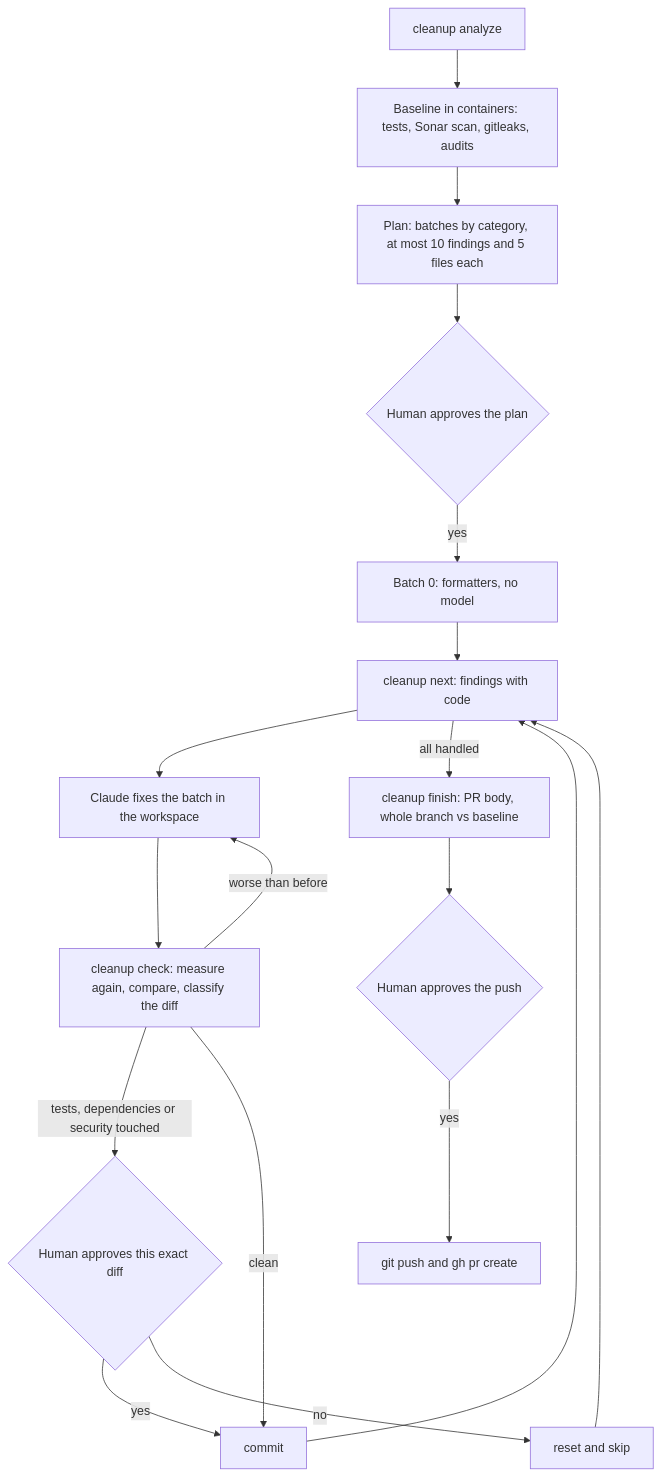
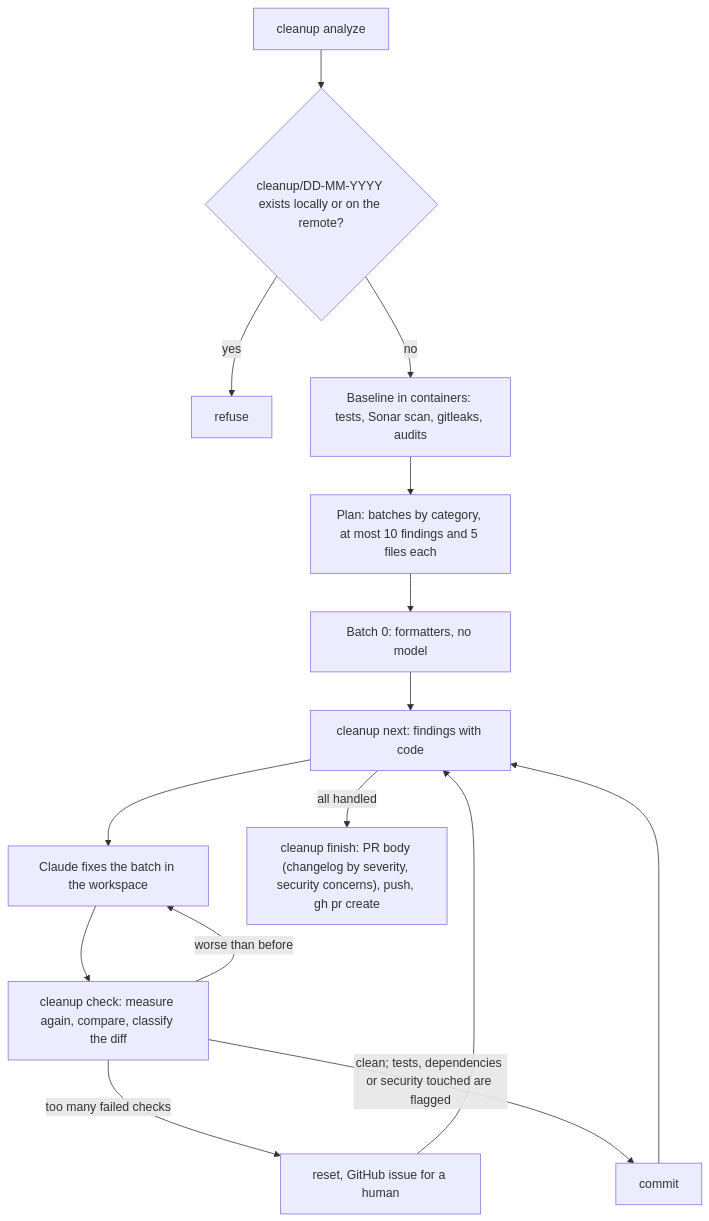
The fourth of 4 diagrams in docs/architecture.md (BerendCheckpt/cnu-software-engineering-ai-sdlc-tool), drawn with Mermaid before and after one commit. The commit also changed other lines of this file and 26 other files, not shown here.

````diff
--- a/docs/architecture.md
+++ b/docs/architecture.md
@@ -118,17 +121,15 @@
 ```mermaid
 flowchart TD
-  A[cleanup analyze] --> B["Baseline in containers: tests, Sonar scan, gitleaks, audits"]
+  A[cleanup analyze] --> BR{"cleanup/DD-MM-YYYY exists locally or on the remote?"}
+  BR -->|yes| STOP[refuse]
+  BR -->|no| B["Baseline in containers: tests, Sonar scan, gitleaks, audits"]
   B --> P[Plan: batches by category, at most 10 findings and 5 files each]
-  P --> HP{Human approves the plan}
-  HP -->|yes| F[Batch 0: formatters, no model]
+  P --> F[Batch 0: formatters, no model]
   F --> N[cleanup next: findings with code]
   N --> E[Claude fixes the batch in the workspace]
   E --> C["cleanup check: measure again, compare, classify the diff"]
   C -->|worse than before| E
-  C -->|tests, dependencies or security touched| HG{Human approves this exact diff}
-  HG -->|yes| CM[commit]
-  HG -->|no| RV[reset and skip] --> N
-  C -->|clean| CM --> N
-  N -->|all handled| FIN[cleanup finish: PR body, whole branch vs baseline]
-  FIN --> HPU{Human approves the push} -->|yes| PR[git push and gh pr create]
+  C -->|too many failed checks| ESC[reset, GitHub issue for a human] --> N
+  C -->|clean; tests, dependencies or security touched are flagged| CM[commit] --> N
+  N -->|all handled| FIN["cleanup finish: PR body (changelog by severity, security concerns), push, gh pr create"]
 ```
````
